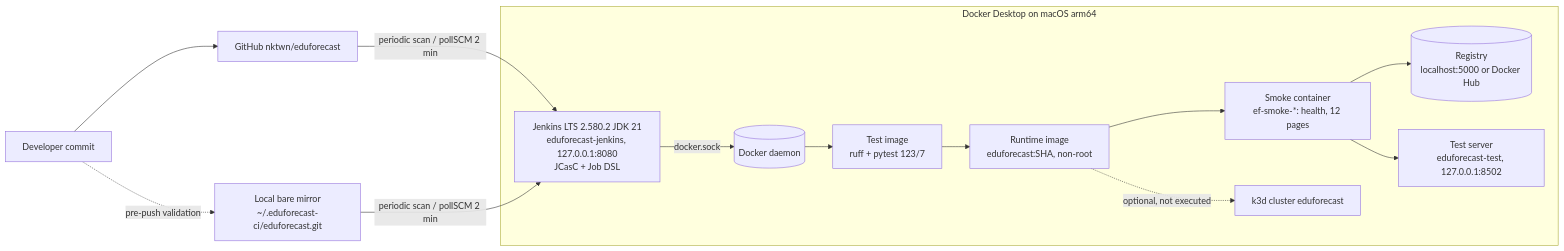
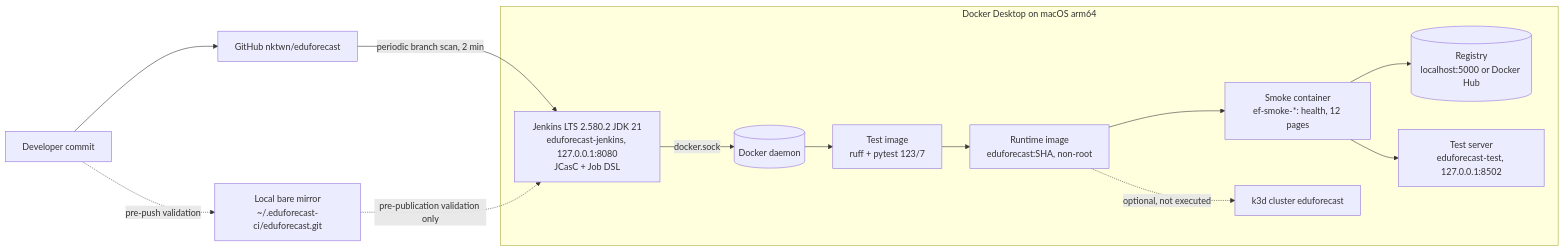
One commit to nktwn/eduforecast changed the diagram in docs/devops/README.md. Above: the diagram before and after it, drawn with Mermaid. The commit also changed other lines of this file and 4 other files, not shown here.

First line of the commit message:
Jenkinsfile: single trigger (multibranch scan), drop duplicate pollSCM

````diff
--- a/docs/devops/README.md
+++ b/docs/devops/README.md
@@ -9,17 +9,17 @@
 ```mermaid
 flowchart LR
     dev[Developer commit] --> gh[GitHub nktwn/eduforecast]
     dev -. pre-push validation .-> mirror[Local bare mirror<br/>~/.eduforecast-ci/eduforecast.git]
-    gh -- periodic scan / pollSCM 2 min --> jenkins
-    mirror -- periodic scan / pollSCM 2 min --> jenkins
+    gh -- periodic branch scan, 2 min --> jenkins
+    mirror -. pre-publication validation only .-> jenkins
     subgraph host[Docker Desktop on macOS arm64]
         jenkins[Jenkins LTS 2.580.2 JDK 21<br/>eduforecast-jenkins, 127.0.0.1:8080<br/>JCasC + Job DSL]
         jenkins -- docker.sock --> daemon[(Docker daemon)]
         daemon --> testimg[Test image<br/>ruff + pytest 123/7]
         testimg --> runtime[Runtime image<br/>eduforecast:SHA, non-root]
         runtime --> smoke[Smoke container<br/>ef-smoke-*: health, 12 pages]
         smoke --> reg[(Registry<br/>localhost:5000 or Docker Hub)]
         smoke --> testsrv[Test server<br/>eduforecast-test, 127.0.0.1:8502]
         runtime -. optional, not executed .-> k3d[k3d cluster eduforecast]
     end
 ```
````
